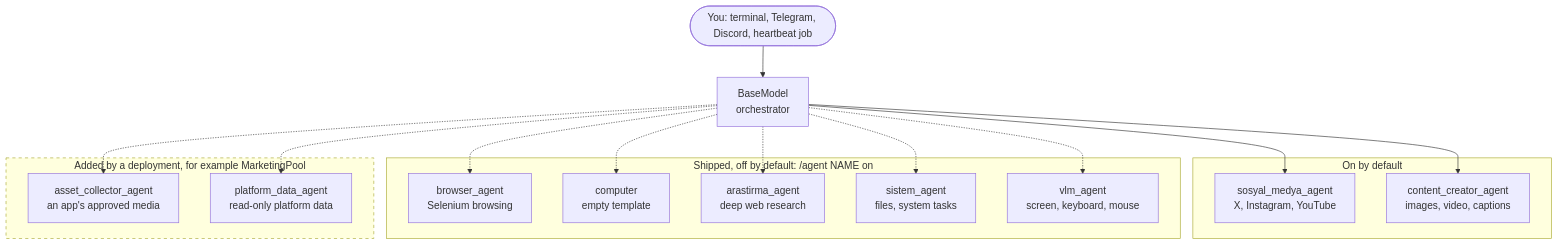
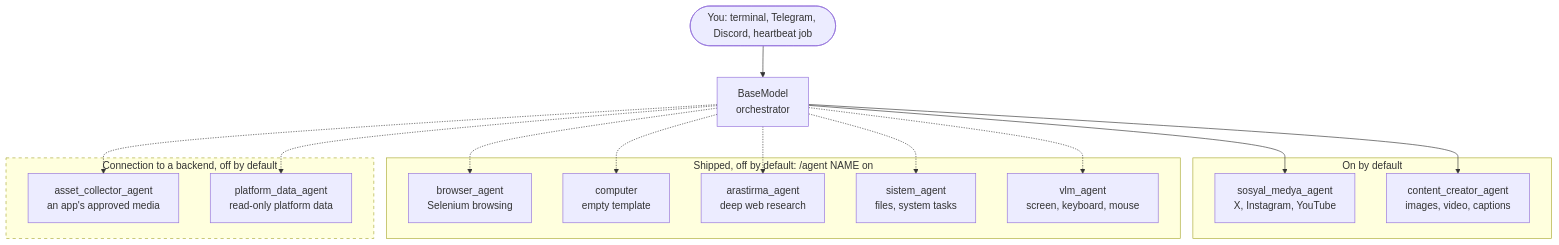
The diagram in README.md (ethosoftai/Ethgent), drawn with Mermaid before and after one commit. The commit also changed other lines of this file and 25 other files, not shown here.

First line of the commit message:
Run inside a backend: queue worker, MCP endpoint and the two connection sub-agents

````diff
--- a/README.md
+++ b/README.md
@@ -147,29 +146,29 @@
 ```mermaid
 flowchart TB
     U([You: terminal, Telegram, Discord, heartbeat job]) --> O
     O[BaseModel<br/>orchestrator] --> SM
     O --> CC
     subgraph on[On by default]
         SM[sosyal_medya_agent<br/>X, Instagram, YouTube]
         CC[content_creator_agent<br/>images, video, captions]
     end
     O -.-> BR
     O -.-> CO
     O -.-> AR
     O -.-> SI
     O -.-> VL
     subgraph off[Shipped, off by default: /agent NAME on]
         BR[browser_agent<br/>Selenium browsing]
         CO[computer<br/>empty template]
         AR[arastirma_agent<br/>deep web research]
         SI[sistem_agent<br/>files, system tasks]
         VL[vlm_agent<br/>screen, keyboard, mouse]
     end
     O -.-> AC
     O -.-> PD
-    subgraph added[Added by a deployment, for example MarketingPool]
+    subgraph added[Connection to a backend, off by default]
         AC[asset_collector_agent<br/>an app's approved media]
         PD[platform_data_agent<br/>read-only platform data]
     end
     style added stroke-dasharray: 5 5
 ```
````
